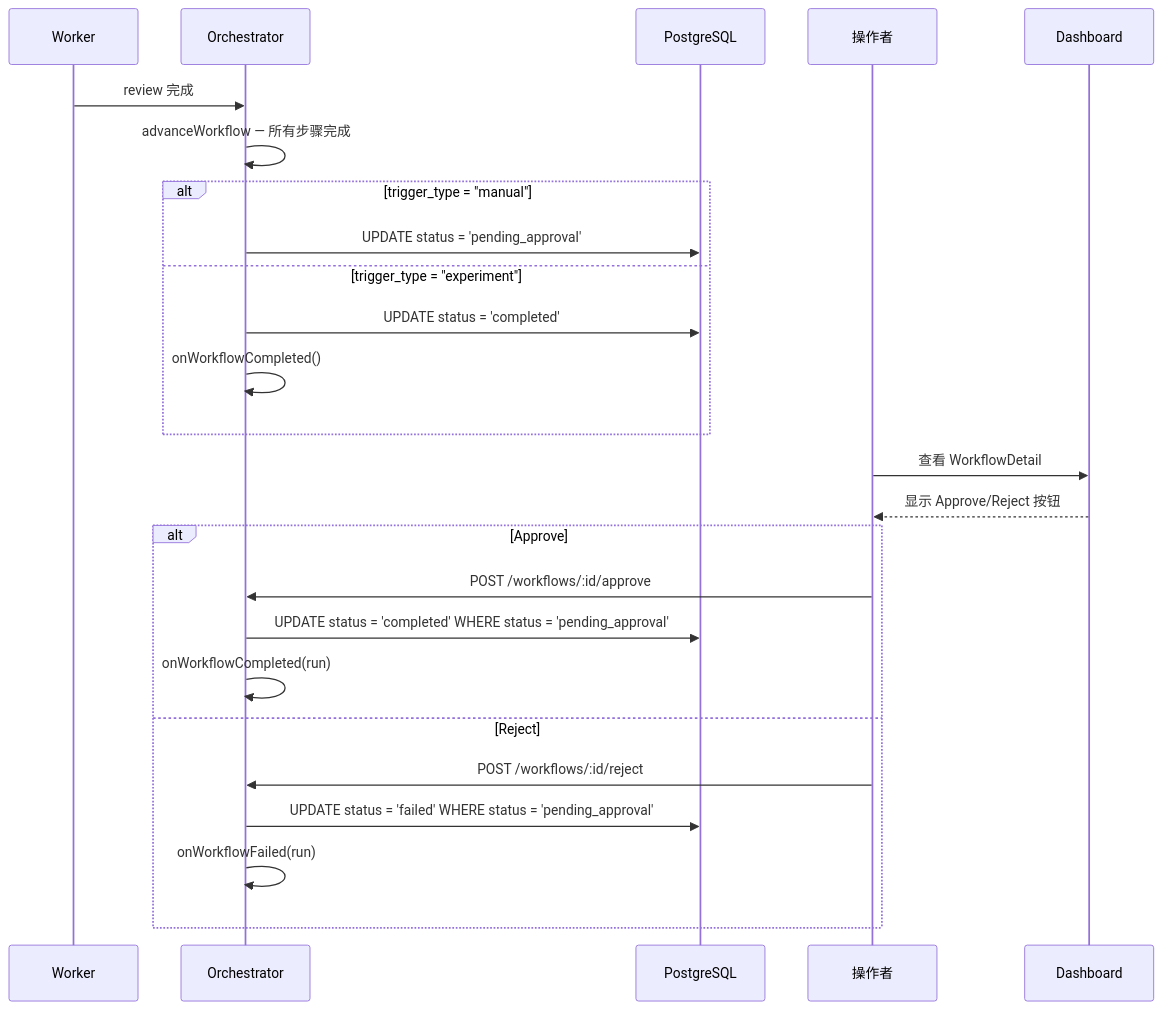
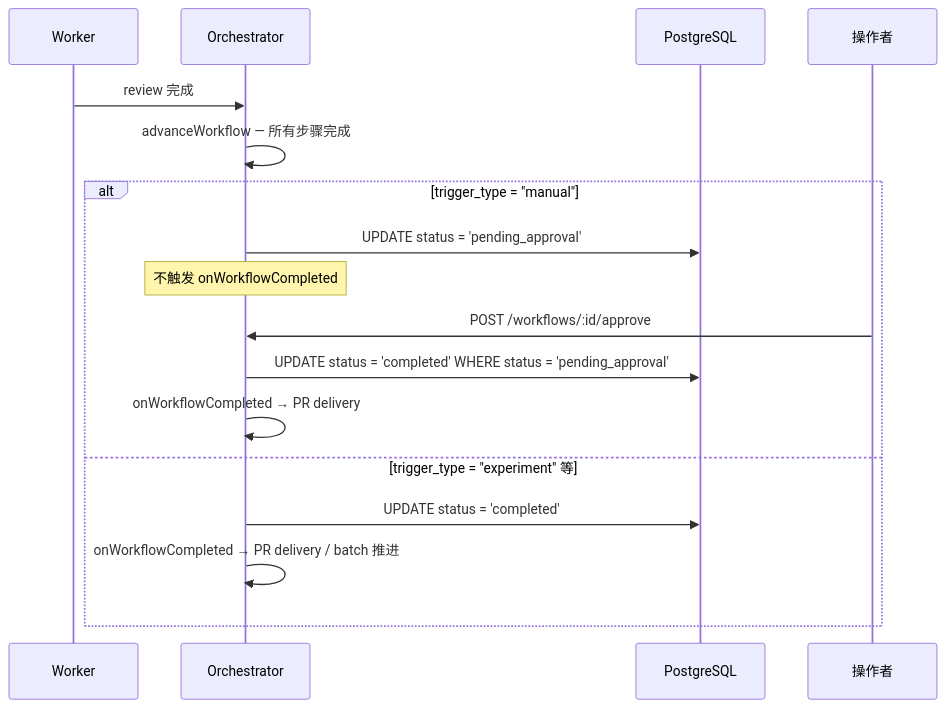
One commit to YoungerYang-Y/ai-sdlc-platform changed the diagram in docs/active/human-approval-gate/design.md. Above: the diagram before and after it, drawn with Mermaid. The commit also changed other lines of this file and 2 other files, not shown here.

First line of the commit message:
docs(human-approval-gate): 修复审查反馈

````diff
--- a/docs/active/human-approval-gate/design.md
+++ b/docs/active/human-approval-gate/design.md
@@ -40,30 +39,21 @@
 ```mermaid
 sequenceDiagram
     participant W as Worker
     participant O as Orchestrator
     participant DB as PostgreSQL
     participant U as 操作者
-    participant D as Dashboard
 
     W->>O: review 完成
     O->>O: advanceWorkflow — 所有步骤完成
+
     alt trigger_type = "manual"
         O->>DB: UPDATE status = 'pending_approval'
-    else trigger_type = "experiment"
-        O->>DB: UPDATE status = 'completed'
-        O->>O: onWorkflowCompleted()
-    end
-
-    U->>D: 查看 WorkflowDetail
-    D-->>U: 显示 Approve/Reject 按钮
-
-    alt Approve
+        Note over O: 不触发 onWorkflowCompleted
         U->>O: POST /workflows/:id/approve
         O->>DB: UPDATE status = 'completed' WHERE status = 'pending_approval'
-        O->>O: onWorkflowCompleted(run)
-    else Reject
-        U->>O: POST /workflows/:id/reject
-        O->>DB: UPDATE status = 'failed' WHERE status = 'pending_approval'
-        O->>O: onWorkflowFailed(run)
+        O->>O: onWorkflowCompleted → PR delivery
+    else trigger_type = "experiment" 等
+        O->>DB: UPDATE status = 'completed'
+        O->>O: onWorkflowCompleted → PR delivery / batch 推进
     end
 ```
````
